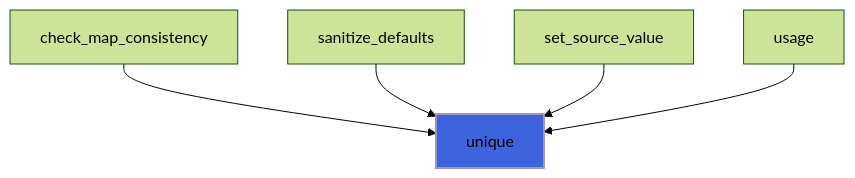
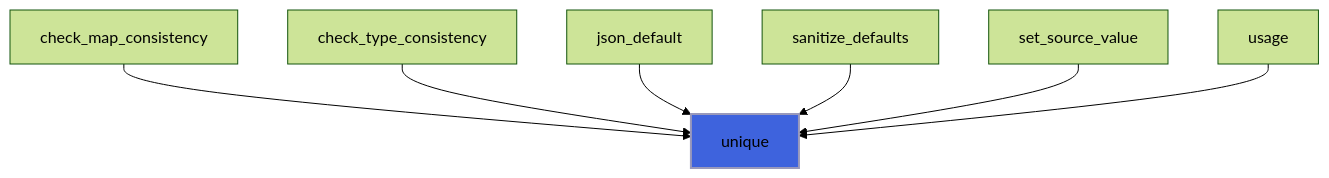
Before and after one commit to szaghi/FLAP: diagram 17 of 23 in docs/api/src/lib/flap_utils_m.md, drawn with Mermaid (forest theme). The commit also changed other lines of this file and 22 other files, not shown here.

````diff
--- a/docs/api/src/lib/flap_utils_m.md
+++ b/docs/api/src/lib/flap_utils_m.md
@@ -515,8 +631,10 @@
 ```mermaid
 flowchart TD
   check_map_consistency["check_map_consistency"] --> unique["unique"]
+  check_type_consistency["check_type_consistency"] --> unique["unique"]
+  json_default["json_default"] --> unique["unique"]
   sanitize_defaults["sanitize_defaults"] --> unique["unique"]
   set_source_value["set_source_value"] --> unique["unique"]
   usage["usage"] --> unique["unique"]
   style unique fill:#3e63dd,stroke:#99b,stroke-width:2px
 ```
````
